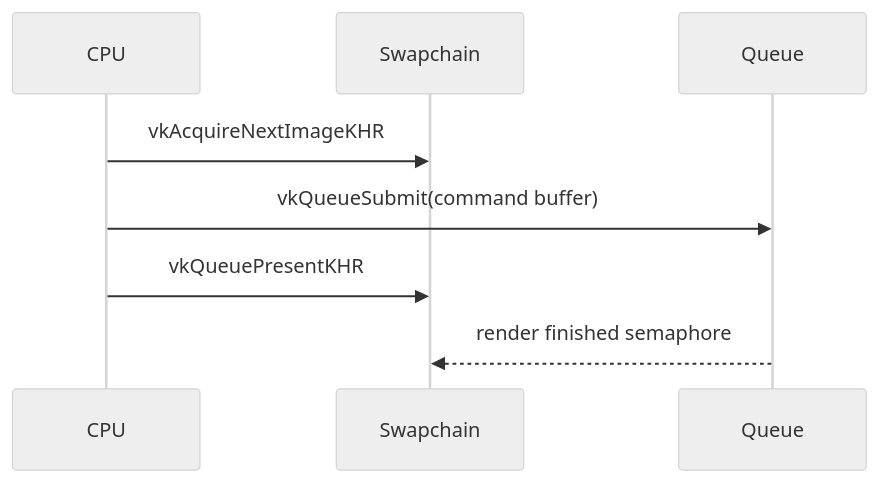
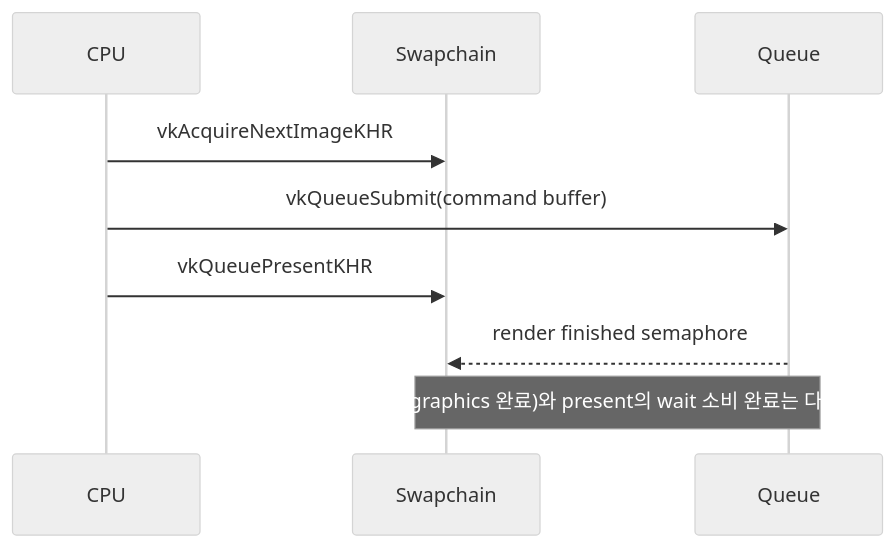
The second of 3 diagrams in graphics/stage3_vk_fund_02_vulkan_core.md (Rein-ArXiv/game-dev-curriculum), drawn with Mermaid (neutral theme) before and after one commit. The commit also changed other lines of this file and 279 other files, not shown here.

````diff
--- a/graphics/stage3_vk_fund_02_vulkan_core.md
+++ b/graphics/stage3_vk_fund_02_vulkan_core.md
@@ -284,10 +284,11 @@
 ```mermaid
 sequenceDiagram
     participant CPU
     participant Swapchain
     participant Queue
     CPU->>Swapchain: vkAcquireNextImageKHR
     CPU->>Queue: vkQueueSubmit(command buffer)
     CPU->>Swapchain: vkQueuePresentKHR
     Queue-->>Swapchain: render finished semaphore
+    Note over Queue,Swapchain: fence(graphics 완료)와 present의 wait 소비 완료는 다른 수명
 ```
````
